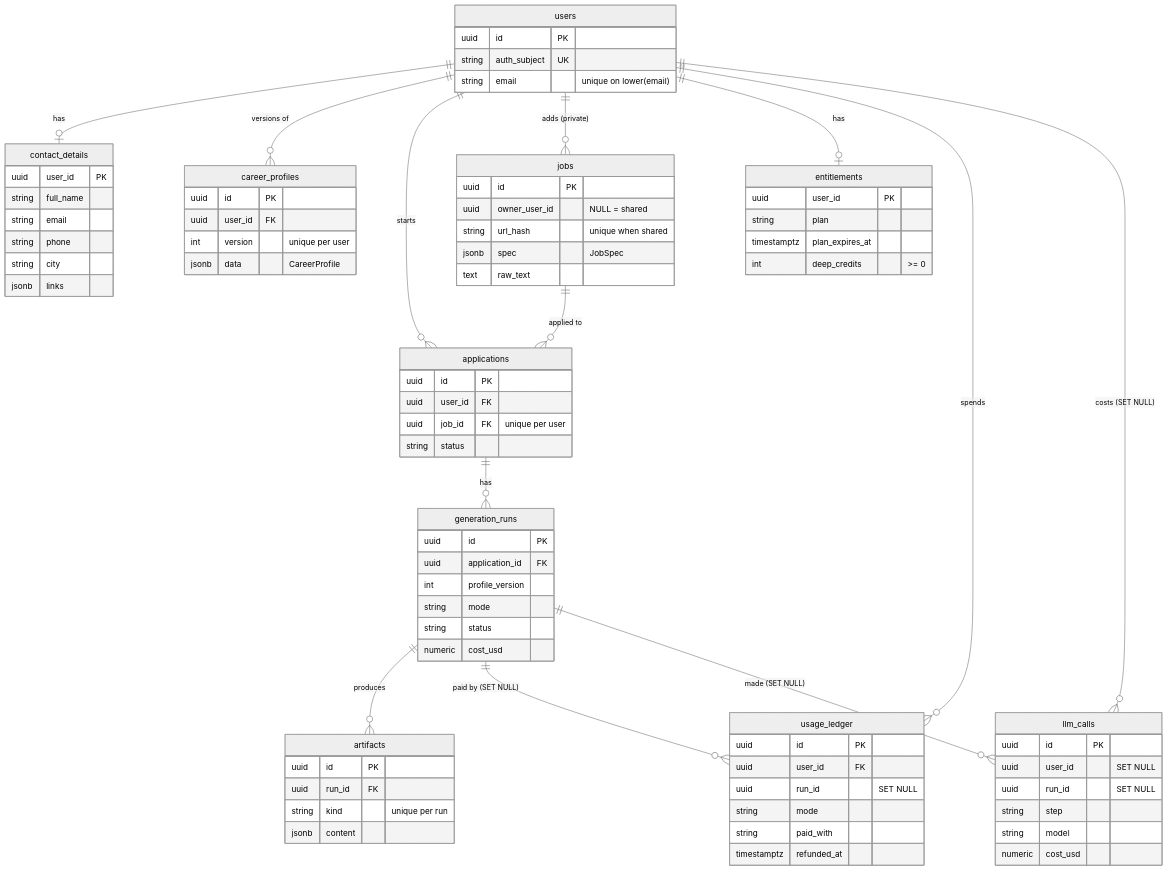
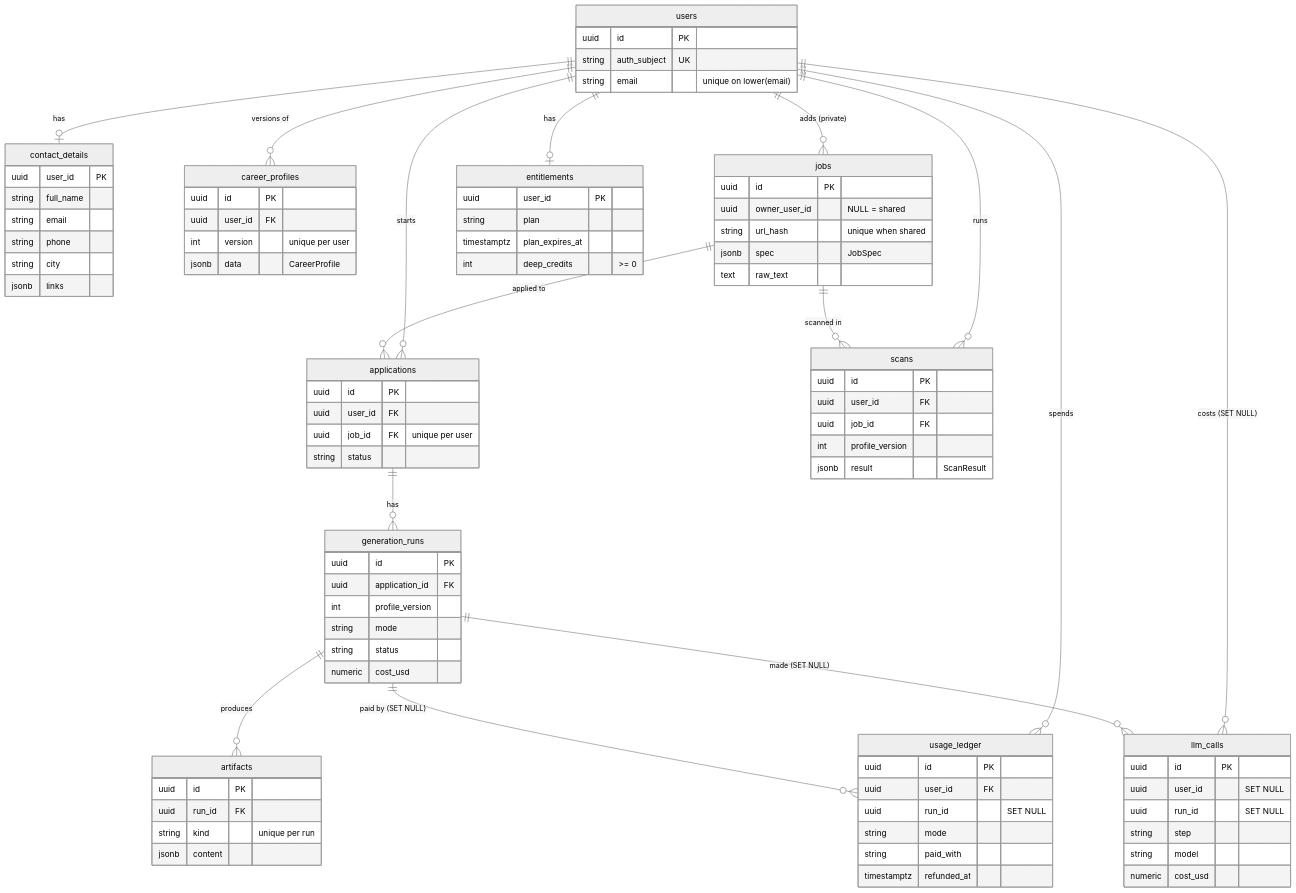
Before and after one commit to withhumanrevenge-cyber/JdToresume: the third of 4 diagrams in docs/engineering/ARCHITECTURE.md, drawn with Mermaid (neutral theme). The commit also changed other lines of this file and 25 other files, not shown here.

```diff
--- a/docs/engineering/ARCHITECTURE.md
+++ b/docs/engineering/ARCHITECTURE.md
@@ -205,7 +206,9 @@
     users ||--o| entitlements : has
     users ||--o{ usage_ledger : spends
     users ||--o{ llm_calls : "costs (SET NULL)"
+    users ||--o{ scans : runs
     jobs ||--o{ applications : "applied to"
+    jobs ||--o{ scans : "scanned in"
     applications ||--o{ generation_runs : has
     generation_runs ||--o{ artifacts : produces
     generation_runs ||--o{ usage_ledger : "paid by (SET NULL)"
@@ -271,6 +274,13 @@
         string paid_with
         timestamptz refunded_at
     }
+    scans {
+        uuid id PK
+        uuid user_id FK
+        uuid job_id FK
+        int profile_version
+        jsonb result "ScanResult"
+    }
     llm_calls {
         uuid id PK
         uuid user_id "SET NULL"
```
